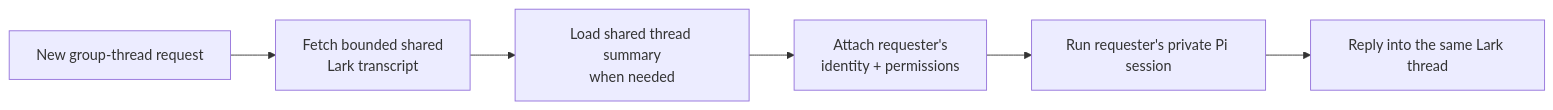
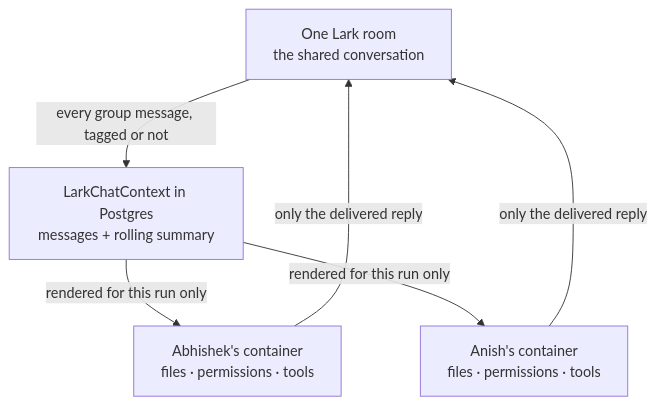
One commit to relicwavetechnologies/zoho-automation changed the fourth of 4 diagrams in plans/cloud-pi-context-and-warm-containers.md. Above: the diagram before and after it, drawn with Mermaid. The commit also changed other lines of this file and 15 other files, not shown here.

````diff
--- a/plans/cloud-pi-context-and-warm-containers.md
+++ b/plans/cloud-pi-context-and-warm-containers.md
@@ -193,11 +177,13 @@
 ```mermaid
-flowchart LR
-    R["New group-thread request"]
-    H["Fetch bounded shared<br/>Lark transcript"]
-    S["Load shared thread summary<br/>when needed"]
-    I["Attach requester's<br/>identity + permissions"]
-    P["Run requester's private Pi session"]
-    O["Reply into the same Lark thread"]
+flowchart TB
+    L["One Lark room<br/>the shared conversation"]
+    S["LarkChatContext in Postgres<br/>messages + rolling summary"]
+    A["Abhishek's container<br/>files · permissions · tools"]
+    N["Anish's container<br/>files · permissions · tools"]
 
-    R --> H --> S --> I --> P --> O
+    L -->|"every group message, tagged or not"| S
+    S -->|"rendered for this run only"| A
+    S -->|"rendered for this run only"| N
+    A -->|"only the delivered reply"| L
+    N -->|"only the delivered reply"| L
 ```
````
